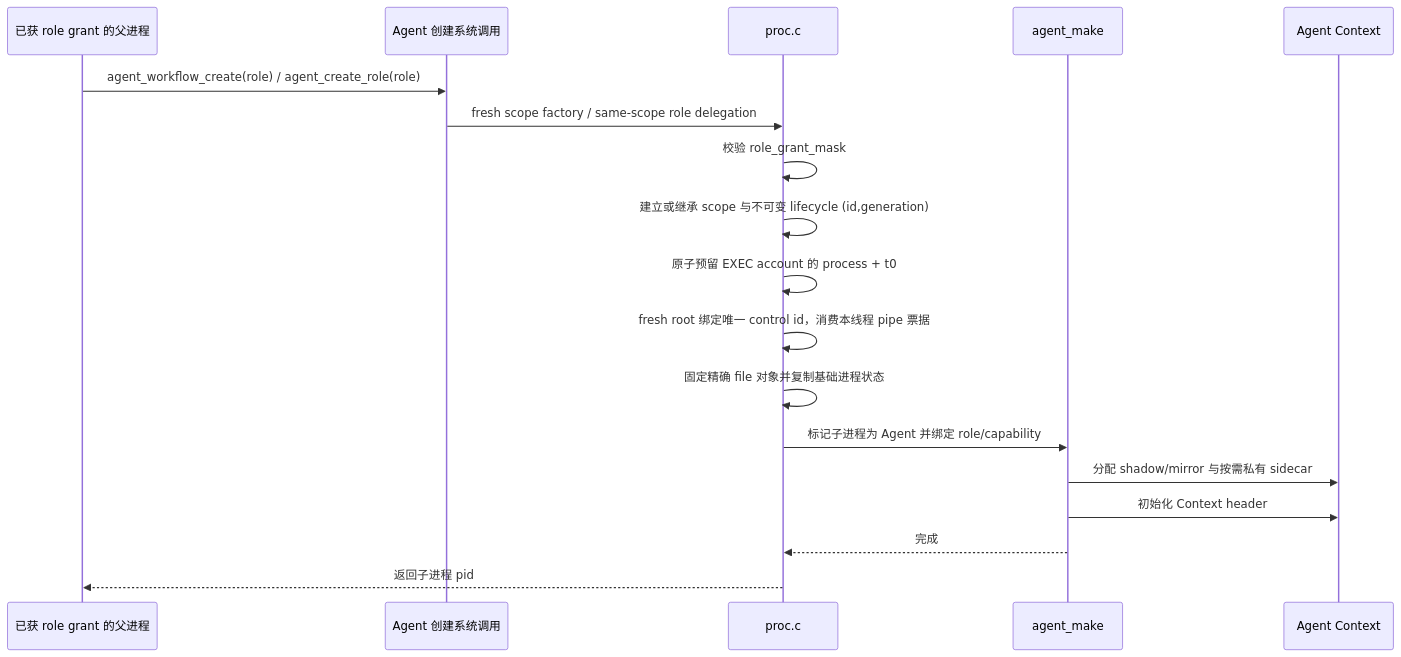
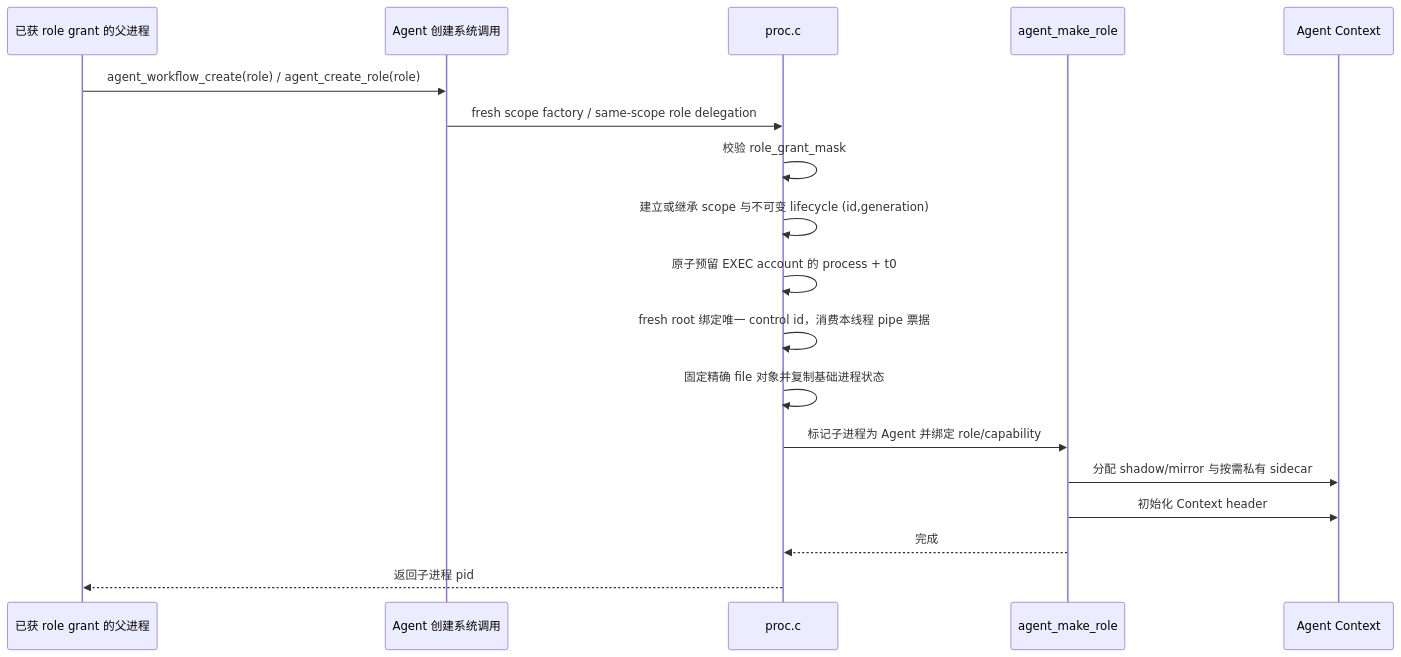
Before and after one commit to yushugulao/Agent-OS: the diagram in docs/agentos/task1-agent-process.md, drawn with Mermaid. The commit also changed 120 other files, not shown here.

````diff
--- a/docs/agentos/task1-agent-process.md
+++ b/docs/agentos/task1-agent-process.md
@@ -114,20 +114,20 @@
 ```mermaid
 sequenceDiagram
     participant P as 已获 role grant 的父进程
     participant S as Agent 创建系统调用
     participant K as proc.c
-    participant A as agent_make
+    participant A as agent_make_role
     participant C as Agent Context
     P->>S: agent_workflow_create(role) / agent_create_role(role)
     S->>K: fresh scope factory / same-scope role delegation
     K->>K: 校验 role_grant_mask
     K->>K: 建立或继承 scope 与不可变 lifecycle (id,generation)
     K->>K: 原子预留 EXEC account 的 process + t0
     K->>K: fresh root 绑定唯一 control id，消费本线程 pipe 票据
     K->>K: 固定精确 file 对象并复制基础进程状态
     K->>A: 标记子进程为 Agent 并绑定 role/capability
     A->>C: 分配 shadow/mirror 与按需私有 sidecar
     A->>C: 初始化 Context header
     A-->>K: 完成
     K-->>P: 返回子进程 pid
 ```
````
